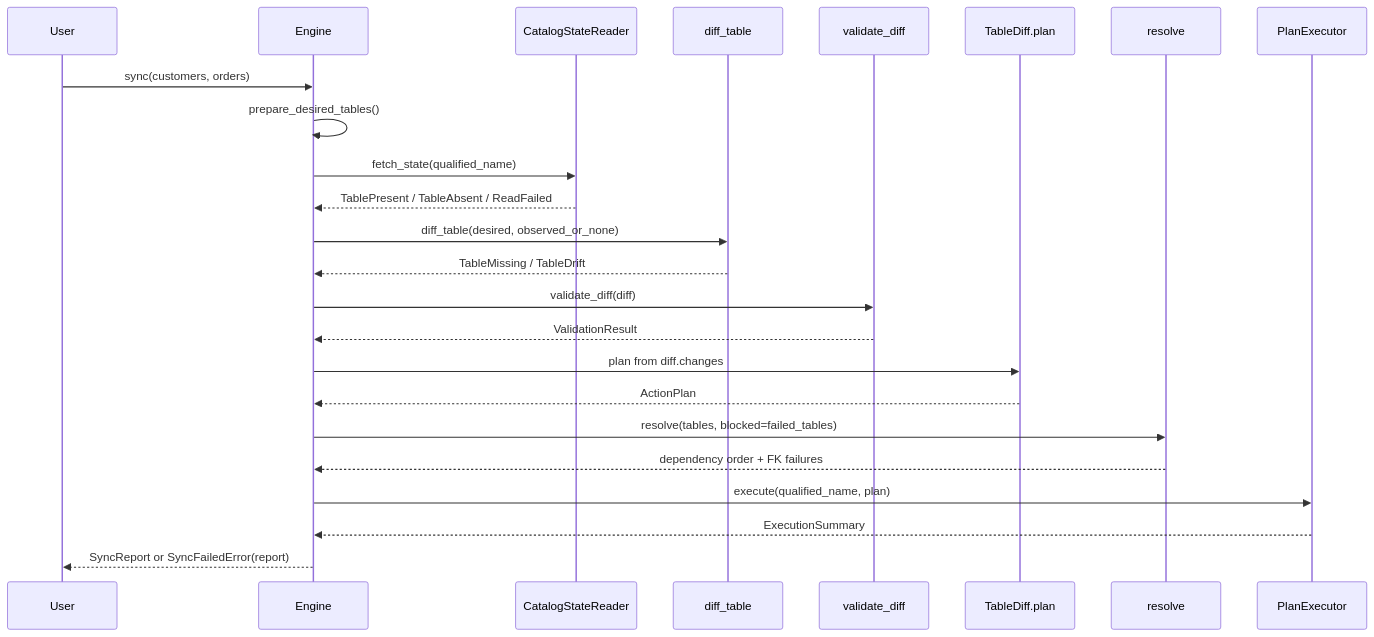
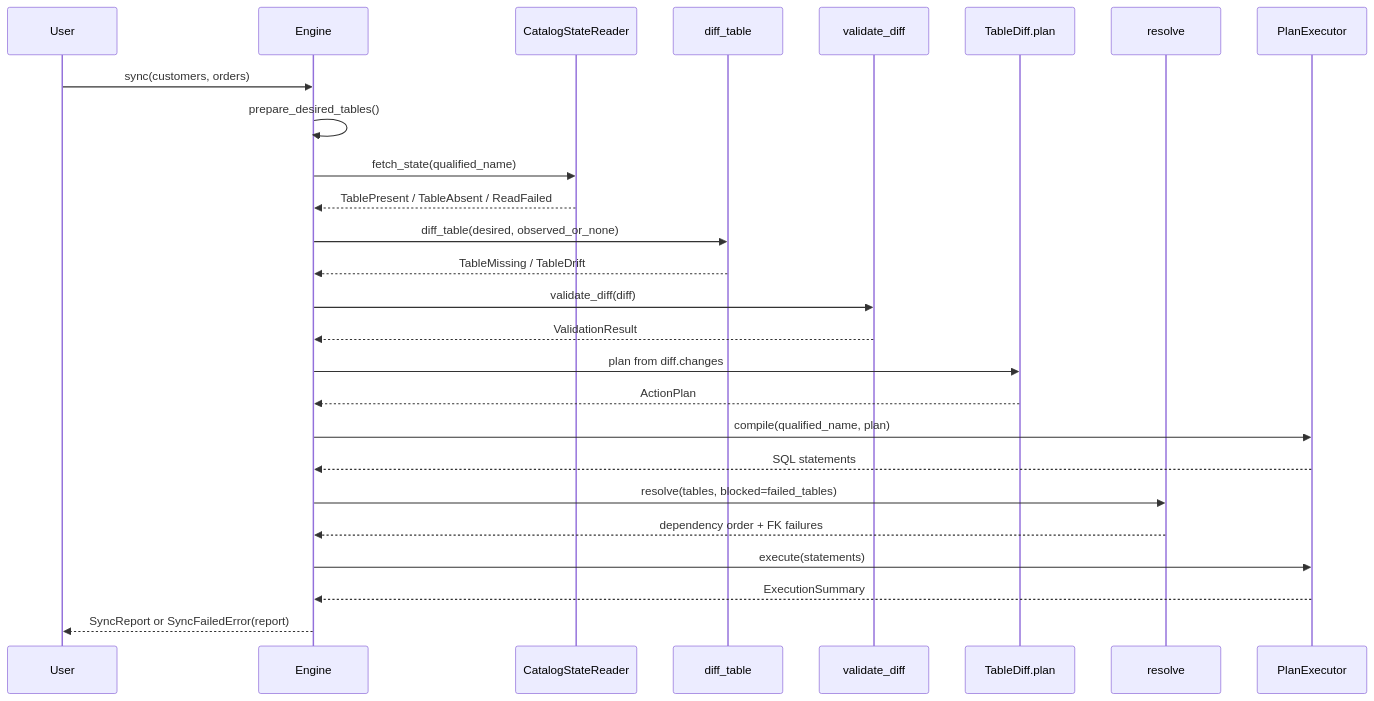
The third of 5 diagrams in docs/explanation-architecture.md (Tomoscorbin/delta-engine), drawn with Mermaid before and after one commit. The commit also changed other lines of this file and 5 other files, not shown here.

First line of the commit message:
docs: align architecture, lifecycle, and index docs with the shipped contract

````diff
--- a/docs/explanation-architecture.md
+++ b/docs/explanation-architecture.md
@@ -217,27 +223,29 @@
 ```mermaid
 sequenceDiagram
     participant User
     participant Engine
     participant Reader as CatalogStateReader
     participant Differ as diff_table
     participant Validator as validate_diff
     participant Planner as TableDiff.plan
     participant Resolver as resolve
     participant Executor as PlanExecutor
 
     User->>Engine: sync(customers, orders)
     Engine->>Engine: prepare_desired_tables()
     Engine->>Reader: fetch_state(qualified_name)
     Reader-->>Engine: TablePresent / TableAbsent / ReadFailed
     Engine->>Differ: diff_table(desired, observed_or_none)
     Differ-->>Engine: TableMissing / TableDrift
     Engine->>Validator: validate_diff(diff)
     Validator-->>Engine: ValidationResult
     Engine->>Planner: plan from diff.changes
     Planner-->>Engine: ActionPlan
+    Engine->>Executor: compile(qualified_name, plan)
+    Executor-->>Engine: SQL statements
     Engine->>Resolver: resolve(tables, blocked=failed_tables)
     Resolver-->>Engine: dependency order + FK failures
-    Engine->>Executor: execute(qualified_name, plan)
+    Engine->>Executor: execute(statements)
     Executor-->>Engine: ExecutionSummary
     Engine-->>User: SyncReport or SyncFailedError(report)
 ```
````
